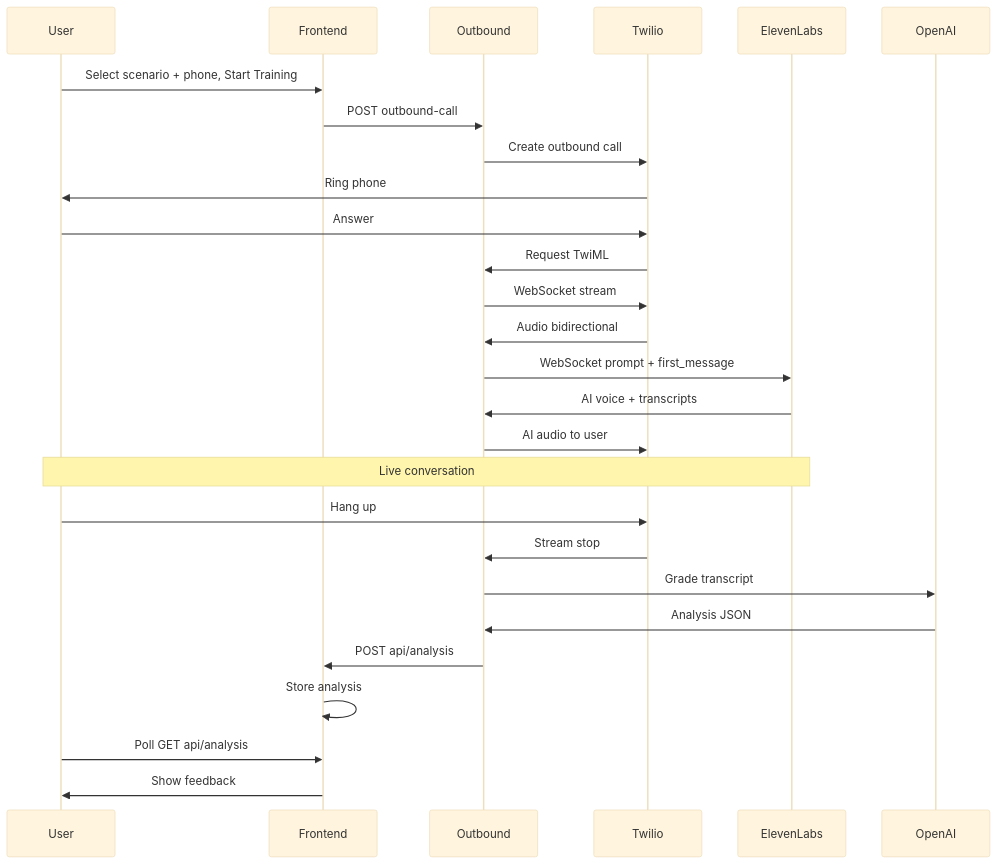
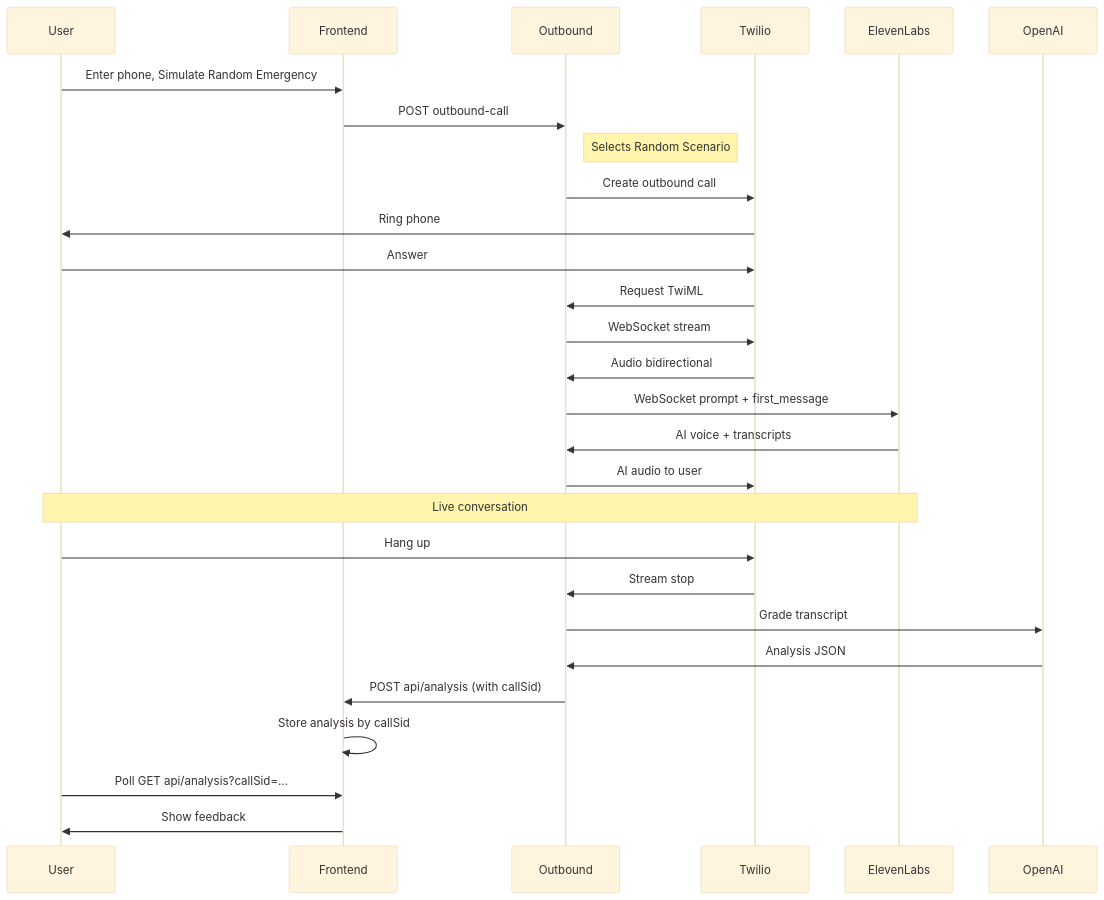
The second of 2 diagrams in README.md (btwitsPratyush/FirstLine-AI), drawn with Mermaid (base theme) before and after one commit. The commit also changed other lines of this file and 6 other files, not shown here.

````diff
--- a/README.md
+++ b/README.md
@@ -59,30 +59,31 @@
 ```mermaid
 sequenceDiagram
   participant U as User
   participant F as Frontend
   participant O as Outbound
   participant T as Twilio
   participant E as ElevenLabs
   participant AI as OpenAI
 
-  U->>F: Select scenario + phone, Start Training
+  U->>F: Enter phone, Simulate Random Emergency
   F->>O: POST outbound-call
+  Note right of O: Selects Random Scenario
   O->>T: Create outbound call
   T->>U: Ring phone
   U->>T: Answer
   T->>O: Request TwiML
   O->>T: WebSocket stream
   T->>O: Audio bidirectional
   O->>E: WebSocket prompt + first_message
   E->>O: AI voice + transcripts
   O->>T: AI audio to user
   Note over U,E: Live conversation
   U->>T: Hang up
   T->>O: Stream stop
   O->>AI: Grade transcript
   AI->>O: Analysis JSON
-  O->>F: POST api/analysis
-  F->>F: Store analysis
-  U->>F: Poll GET api/analysis
+  O->>F: POST api/analysis (with callSid)
+  F->>F: Store analysis by callSid
+  U->>F: Poll GET api/analysis?callSid=...
   F->>U: Show feedback
 ```
````
